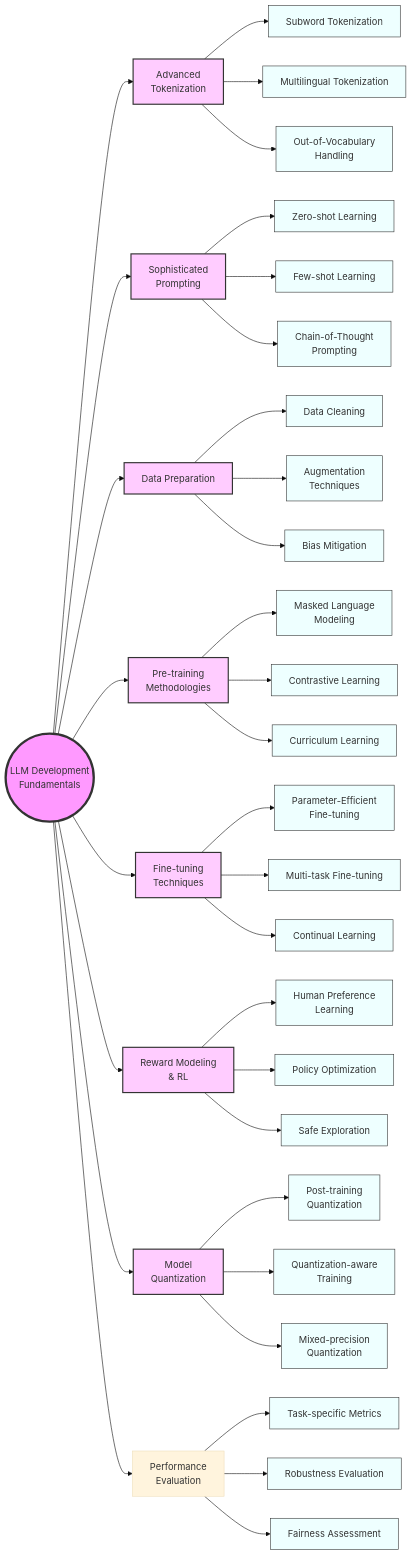
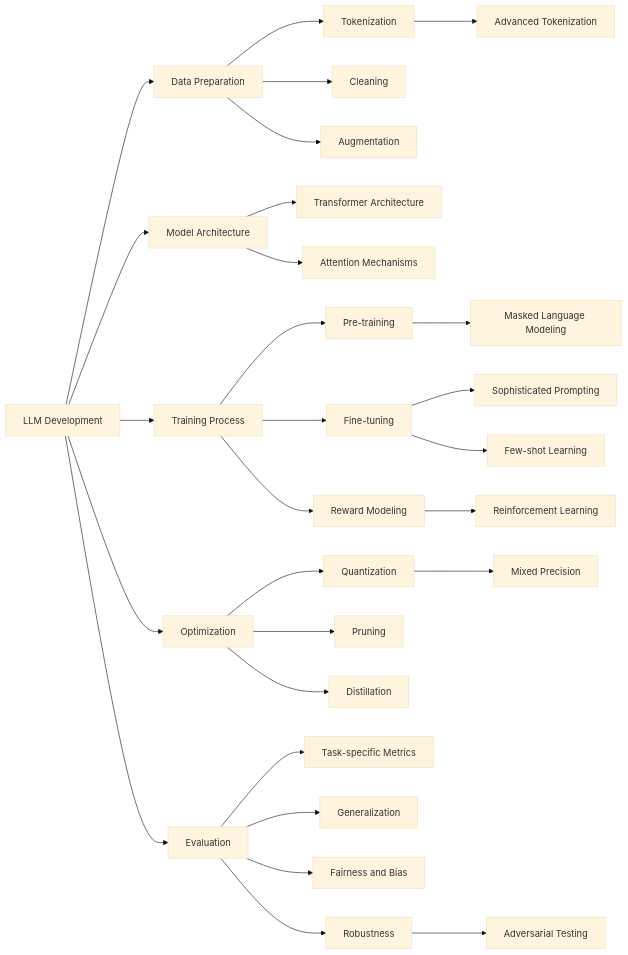
The second of 2 diagrams in notebooks/md/lesson_04_LLM_Development_Fundamentals.md (chenxingqiang/llm-course-chen), drawn with Mermaid (base theme) before and after one commit. The commit also changed other lines of this file and 241 other files, not shown here.

````diff
--- a/notebooks/md/lesson_04_LLM_Development_Fundamentals.md
+++ b/notebooks/md/lesson_04_LLM_Development_Fundamentals.md
@@ -1228,59 +1184,36 @@
 ```mermaid
 graph LR
-    A(("LLM Development<br/>Fundamentals"))
-    
-    B["Advanced<br/>Tokenization"]
-    C["Sophisticated<br/>Prompting"]
-    D["Data Preparation"]
-    E["Pre-training<br/>Methodologies"]
-    F["Fine-tuning<br/>Techniques"]
-    G["Reward Modeling<br/>& RL"]
-    H["Model<br/>Quantization"]
-    I["Performance<br/>Evaluation"]
-    
-    A --> B & C & D & E & F & G & H & I
-    
-    B --> B1["Subword Tokenization"]
-    B --> B2["Multilingual Tokenization"]
-    B --> B3["Out-of-Vocabulary<br/>Handling"]
-    
-    C --> C1["Zero-shot Learning"]
-    C --> C2["Few-shot Learning"]
-    C --> C3["Chain-of-Thought<br/>Prompting"]
-    
-    D --> D1["Data Cleaning"]
-    D --> D2["Augmentation<br/>Techniques"]
-    D --> D3["Bias Mitigation"]
-    
-    E --> E1["Masked Language<br/>Modeling"]
-    E --> E2["Contrastive Learning"]
-    E --> E3["Curriculum Learning"]
-    
-    F --> F1["Parameter-Efficient<br/>Fine-tuning"]
-    F --> F2["Multi-task Fine-tuning"]
-    F --> F3["Continual Learning"]
-    
-    G --> G1["Human Preference<br/>Learning"]
-    G --> G2["Policy Optimization"]
-    G --> G3["Safe Exploration"]
-    
-    H --> H1["Post-training<br/>Quantization"]
-    H --> H2["Quantization-aware<br/>Training"]
-    H --> H3["Mixed-precision<br/>Quantization"]
-    
-    I --> I1["Task-specific Metrics"]
-    I --> I2["Robustness Evaluation"]
-    I --> I3["Fairness Assessment"]
+    A[LLM Development] --> B[Data Preparation]
+    A --> C[Model Architecture]
+    A --> D[Training Process]
+    A --> E[Optimization]
+    A --> F[Evaluation]
 
-    style A fill:#f9f,stroke:#333,stroke-width:4px
-    style B fill:#fcf,stroke:#333,stroke-width:2px
-    style C fill:#fcf,stroke:#333,stroke-width:2px
-    style D fill:#fcf,stroke:#333,stroke-width:2px
-    style E fill:#fcf,stroke:#333,stroke-width:2px
-    style F fill:#fcf,stroke:#333,stroke-width:2px
-    style G fill:#fcf,stroke:#333,stroke-width:2px
-    style H fill:#fcf,stroke:#333,stroke-width:2px
-    
-    classDef subTopic fill:#eff,stroke:#333,stroke-width:1px
-    class B1,B2,B3,C1,C2,C3,D1,D2,D3,E1,E2,E3,F1,F2,F3,G1,G2,G3,H1,H2,H3,I1,I2,I3 subTopic
+    B --> B1[Tokenization]
+    B --> B2[Cleaning]
+    B --> B3[Augmentation]
+
+    C --> C1[Transformer Architecture]
+    C --> C2[Attention Mechanisms]
+
+    D --> D1[Pre-training]
+    D --> D2[Fine-tuning]
+    D --> D3[Reward Modeling]
+
+    E --> E1[Quantization]
+    E --> E2[Pruning]
+    E --> E3[Distillation]
+
+    F --> F1[Task-specific Metrics]
+    F --> F2[Generalization]
+    F --> F3[Fairness and Bias]
+    F --> F4[Robustness]
+
+    B1 --> G[Advanced Tokenization]
+    D2 --> H[Sophisticated Prompting]
+    D1 --> I[Masked Language Modeling]
+    D2 --> J[Few-shot Learning]
+    D3 --> K[Reinforcement Learning]
+    E1 --> L[Mixed Precision]
+    F4 --> M[Adversarial Testing]
 ```
````
